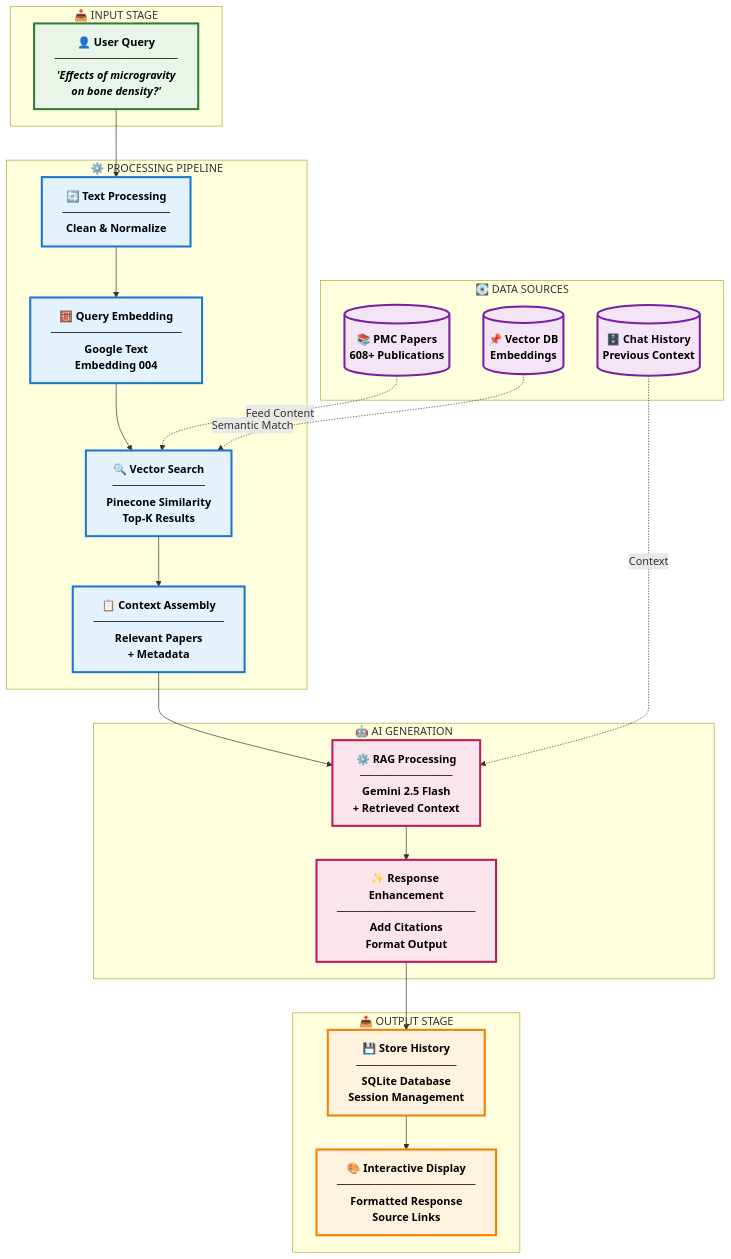
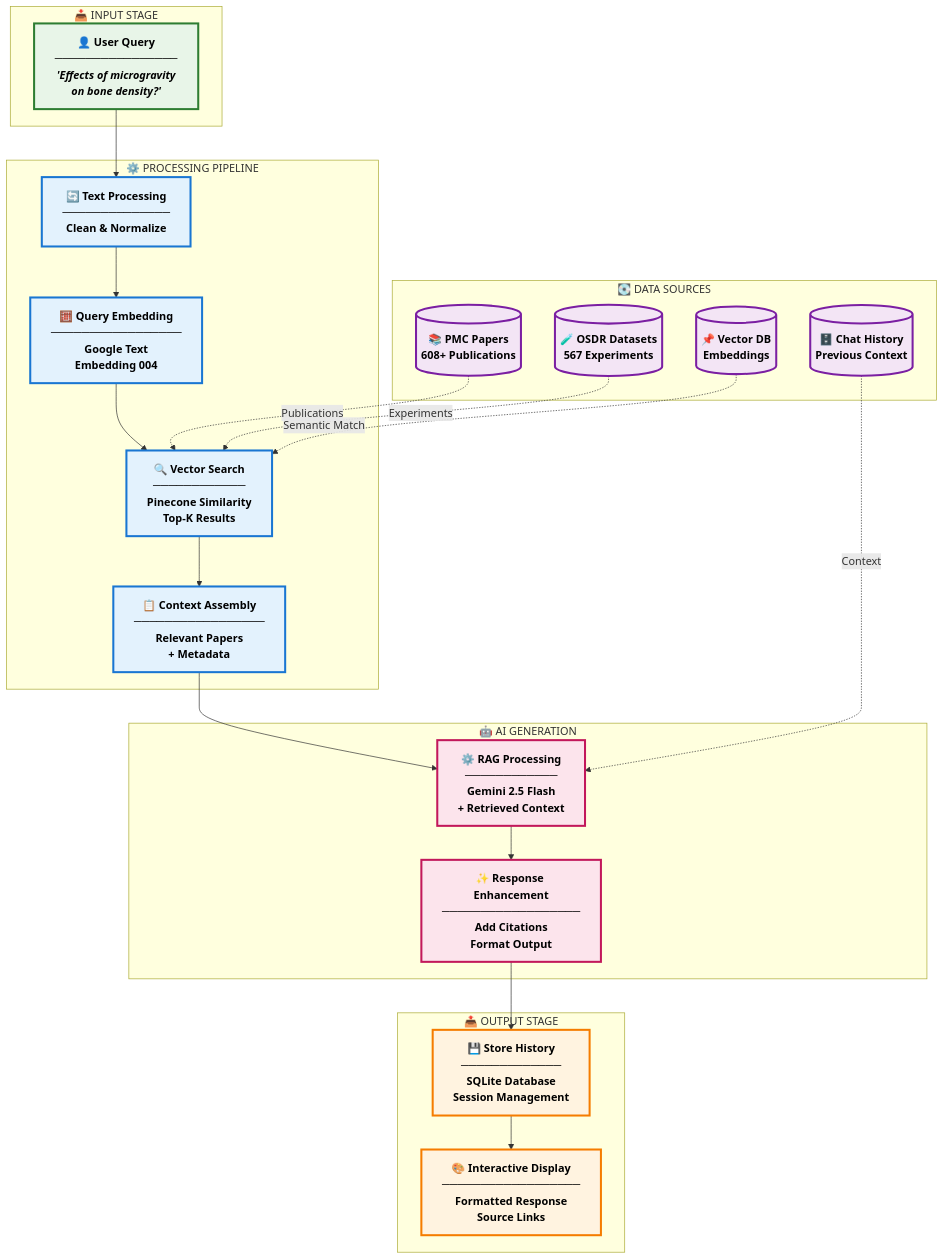
Before and after one commit to Firojpaudel/Space_app_25: the second of 2 diagrams in README.md, drawn with Mermaid. The commit also changed other lines of this file and 6 other files, not shown here.

````diff
--- a/README.md
+++ b/README.md
@@ -319,57 +623,59 @@
 ```mermaid
 flowchart TD
     subgraph INPUT ["📥 INPUT STAGE"]
         A["👤 User Query<br/>────────────────<br/><em>'Effects of microgravity<br/>on bone density?'</em>"]
     end
     
     subgraph PROCESS ["⚙️ PROCESSING PIPELINE"]
         B["🔄 Text Processing<br/>──────────────<br/>Clean & Normalize"]
         C["🧮 Query Embedding<br/>─────────────────<br/>Google Text<br/>Embedding 004"]
         D["🔍 Vector Search<br/>────────────<br/>Pinecone Similarity<br/>Top-K Results"]
         E["📋 Context Assembly<br/>─────────────────<br/>Relevant Papers<br/>+ Metadata"]
     end
     
     subgraph AI ["🤖 AI GENERATION"]
         F[" ⚙️ RAG Processing<br/>────────────<br/>Gemini 2.5 Flash<br/>+ Retrieved Context"]
         G["✨ Response Enhancement<br/>──────────────────<br/>Add Citations<br/>Format Output"]
     end
     
     subgraph OUTPUT ["📤 OUTPUT STAGE"]
         H["💾 Store History<br/>─────────────<br/>SQLite Database<br/>Session Management"]
         I["🎨 Interactive Display<br/>──────────────────<br/>Formatted Response<br/>Source Links"]
     end
     
     subgraph STORAGE ["💽 DATA SOURCES"]
         J[("📚 PMC Papers<br/>608+ Publications")]
-        K[("📌 Vector DB<br/>Embeddings")]
-        L[("🗄️ Chat History<br/>Previous Context")]
+        K[("🧪 OSDR Datasets<br/>567 Experiments")]
+        L[("📌 Vector DB<br/>Embeddings")]
+        M[("🗄️ Chat History<br/>Previous Context")]
     end
     
     %% Main flow
     A --> B
     B --> C
     C --> D
     D --> E
     E --> F
     F --> G
     G --> H
     H --> I
     
     %% Data connections
-    J -.->|"Feed Content"| D
-    K -.->|"Semantic Match"| D
-    L -.->|"Context"| F
+    J -.->|"Publications"| D
+    K -.->|"Experiments"| D
+    L -.->|"Semantic Match"| D
+    M -.->|"Context"| F
     
     %% Enhanced styling
     classDef inputStyle fill:#e8f5e8,stroke:#2e7d32,stroke-width:3px,color:#000,font-weight:bold
     classDef processStyle fill:#e3f2fd,stroke:#1976d2,stroke-width:3px,color:#000,font-weight:bold
     classDef aiStyle fill:#fce4ec,stroke:#c2185b,stroke-width:3px,color:#000,font-weight:bold
     classDef outputStyle fill:#fff3e0,stroke:#f57c00,stroke-width:3px,color:#000,font-weight:bold
     classDef storageStyle fill:#f3e5f5,stroke:#7b1fa2,stroke-width:3px,color:#000,font-weight:bold
     
     class A inputStyle
     class B,C,D,E processStyle
     class F,G aiStyle
     class H,I outputStyle
-    class J,K,L storageStyle
+    class J,K,L,M storageStyle
 ```
````
